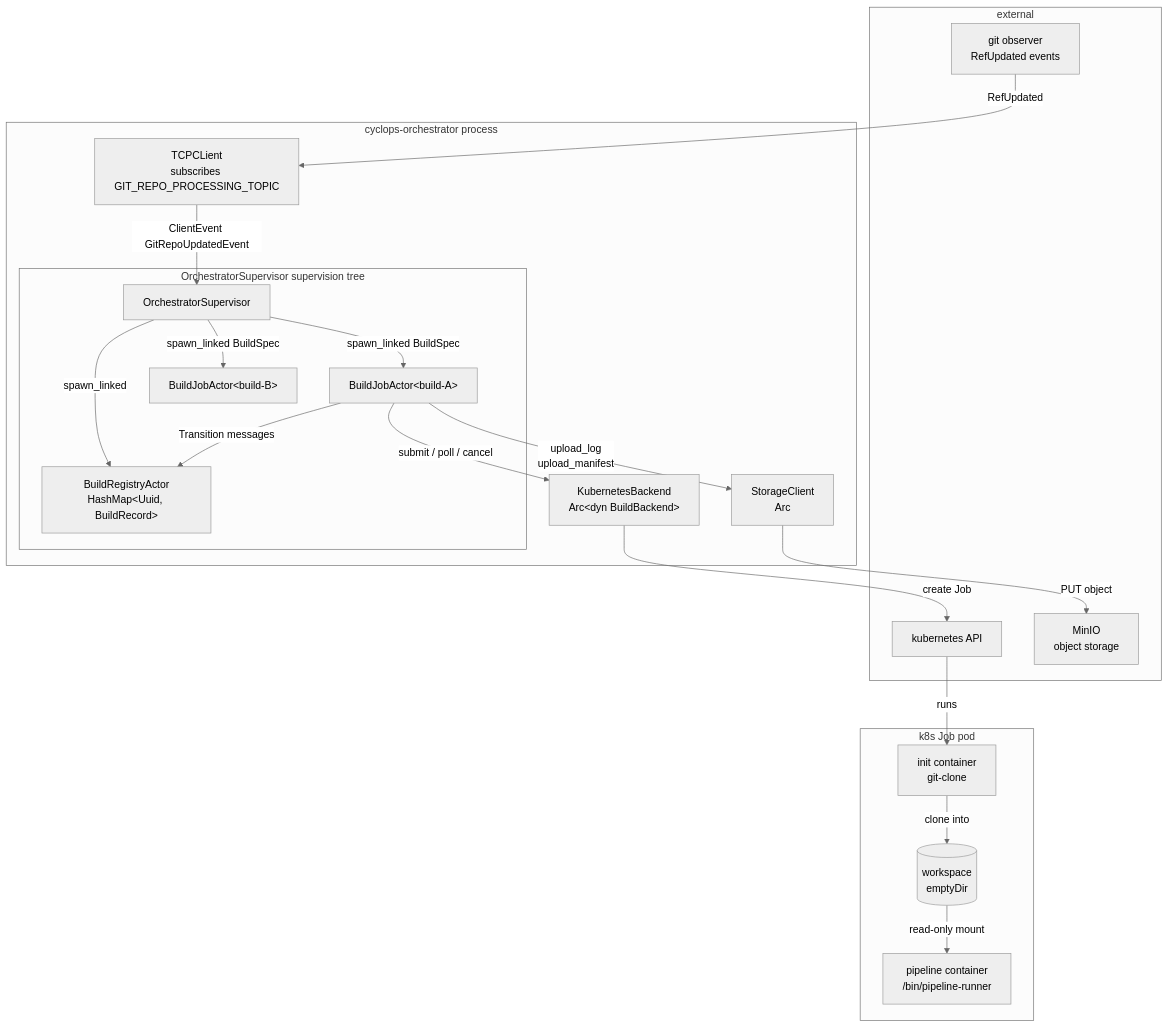
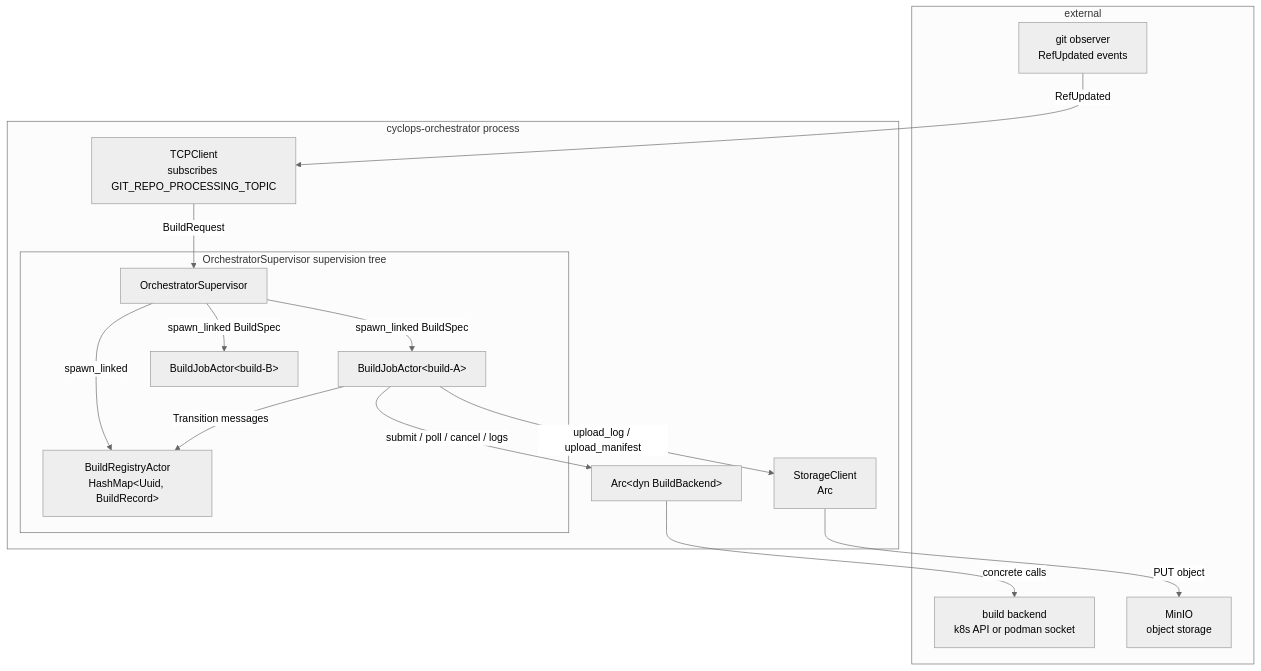
One commit to cmu-sei/Polar changed the first of 2 diagrams in src/agents/build-orchestrator/README.md. Above: the diagram before and after it, drawn with Mermaid (neutral theme). The commit also changed other lines of this file and 30 other files, not shown here.

Commit message:
add podman backend to build orchestrator, add unit tests, tweak nushell pipeline

````diff
--- a/src/agents/build-orchestrator/README.md
+++ b/src/agents/build-orchestrator/README.md
@@ -40,42 +57,33 @@
 ```mermaid
 graph TD
     subgraph external["external"]
         GIT[git observer<br/>RefUpdated events]
-        K8S[kubernetes API]
+        BACKEND_EXT[build backend<br/>k8s API or podman socket]
         MINIO[MinIO<br/>object storage]
     end
 
     subgraph process["cyclops-orchestrator process"]
-        CONSUMER[TCPCLient<br/>subscribes GIT_REPO_PROCESSING_TOPIC]
-        
+        CONSUMER[TCPClient<br/>subscribes GIT_REPO_PROCESSING_TOPIC]
+
         subgraph supervisor_tree["OrchestratorSupervisor supervision tree"]
             SUPERVISOR[OrchestratorSupervisor]
             REGISTRY[BuildRegistryActor<br/>HashMap&lt;Uuid, BuildRecord&gt;]
             JOB1[BuildJobActor&lt;build-A&gt;]
             JOB2[BuildJobActor&lt;build-B&gt;]
         end
 
-        BACKEND[KubernetesBackend<br/>Arc&lt;dyn BuildBackend&gt;]
+        BACKEND[Arc&lt;dyn BuildBackend&gt;]
         STORAGE[StorageClient<br/>Arc]
     end
 
-    subgraph k8s_job["k8s Job pod"]
-        INIT[init container<br/>git-clone]
-        PIPELINE[pipeline container<br/>/bin/pipeline-runner]
-        VOL[(workspace<br/>emptyDir)]
-    end
-
     GIT -->|RefUpdated| CONSUMER
-    CONSUMER -->|ClientEvent GitRepoUpdatedEvent| SUPERVISOR
+    CONSUMER -->|BuildRequest| SUPERVISOR
     SUPERVISOR -->|spawn_linked| REGISTRY
     SUPERVISOR -->|spawn_linked BuildSpec| JOB1
     SUPERVISOR -->|spawn_linked BuildSpec| JOB2
     JOB1 -->|Transition messages| REGISTRY
-    JOB1 -->|submit / poll / cancel| BACKEND
-    BACKEND -->|create Job| K8S
-    K8S -->|runs| INIT
-    INIT -->|clone into| VOL
-    VOL -->|read-only mount| PIPELINE
-    JOB1 -->|upload_log<br/>upload_manifest| STORAGE
+    JOB1 -->|submit / poll / cancel / logs| BACKEND
+    BACKEND -->|concrete calls| BACKEND_EXT
+    JOB1 -->|upload_log / upload_manifest| STORAGE
     STORAGE -->|PUT object| MINIO
 ```
````
